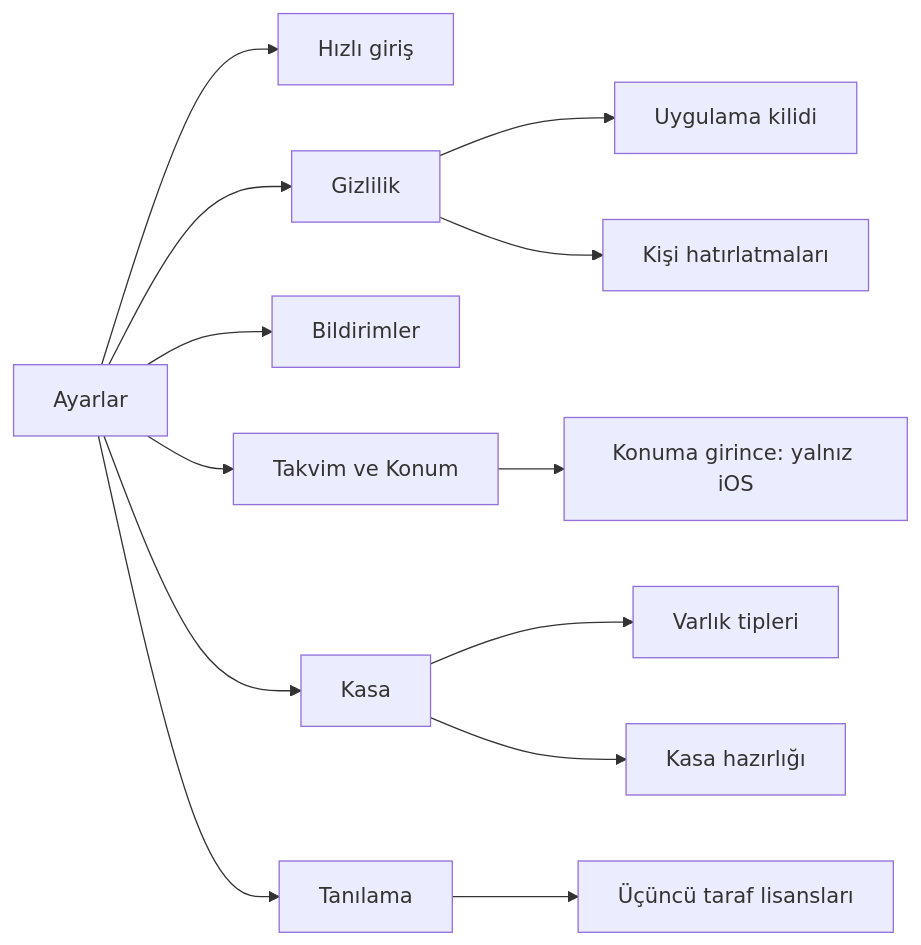
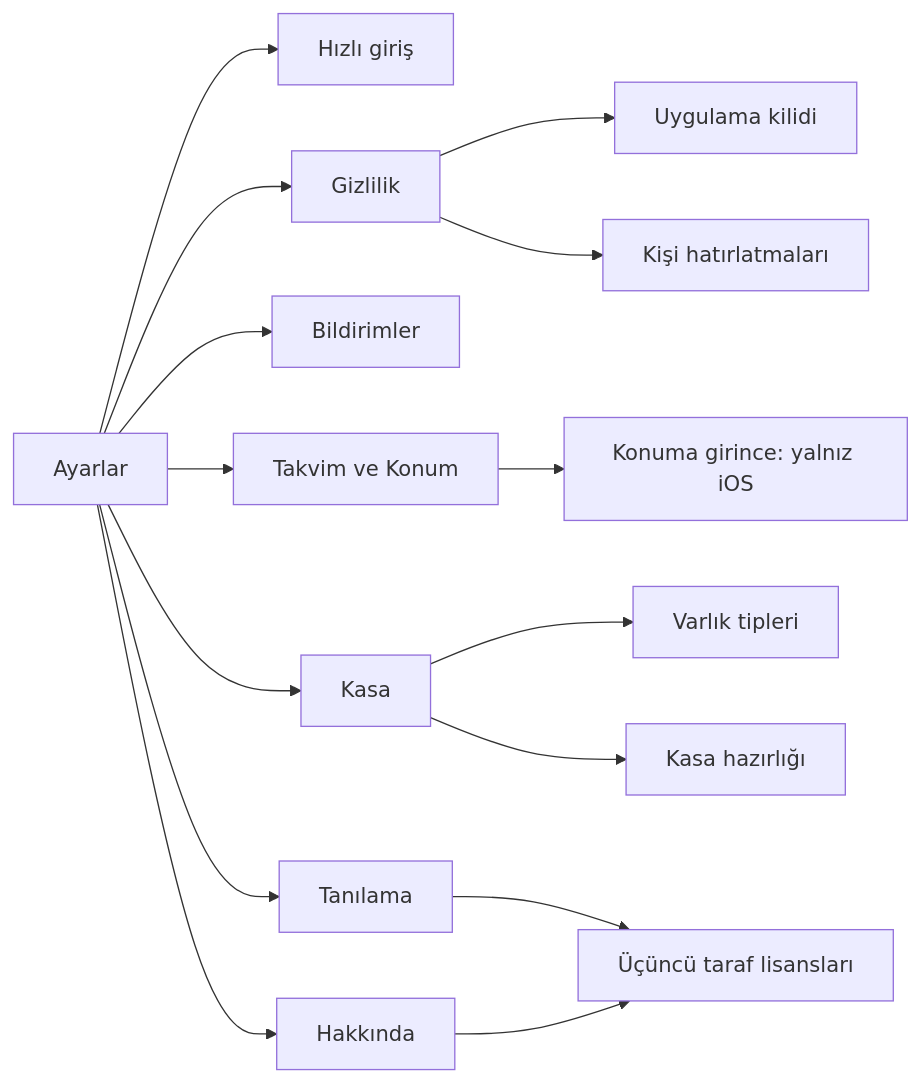
Diagram 13 of 19 in docs/screens.md (dogancanyildiz/kenet), drawn with Mermaid before and after one commit. The commit also changed other lines of this file and 150 other files, not shown here.

First line of the commit message:
fix: beşinci tasarım turu, Ayarlar ve Hakkında, kasa güvenliği, model hızlandırması, işlev düzeltmeleri, belge tazeleme (#387)

````diff
--- a/docs/screens.md
+++ b/docs/screens.md
@@ -1213,15 +1213,17 @@
 ```mermaid
 flowchart LR
     Ayarlar[Ayarlar] --> HG[Hızlı giriş]
     Ayarlar --> Giz[Gizlilik]
     Ayarlar --> Bil[Bildirimler]
     Ayarlar --> TK[Takvim ve Konum]
     Ayarlar --> Kasa[Kasa]
     Ayarlar --> Tan[Tanılama]
+    Ayarlar --> Hak[Hakkında]
     Giz --> Kilit[Uygulama kilidi]
     Giz --> KH[Kişi hatırlatmaları]
     TK --> Konuma[Konuma girince: yalnız iOS]
     Kasa --> Tipler[Varlık tipleri]
     Kasa --> Hazirlik[Kasa hazırlığı]
     Tan --> Lisans[Üçüncü taraf lisansları]
+    Hak --> Lisans
 ```
````
